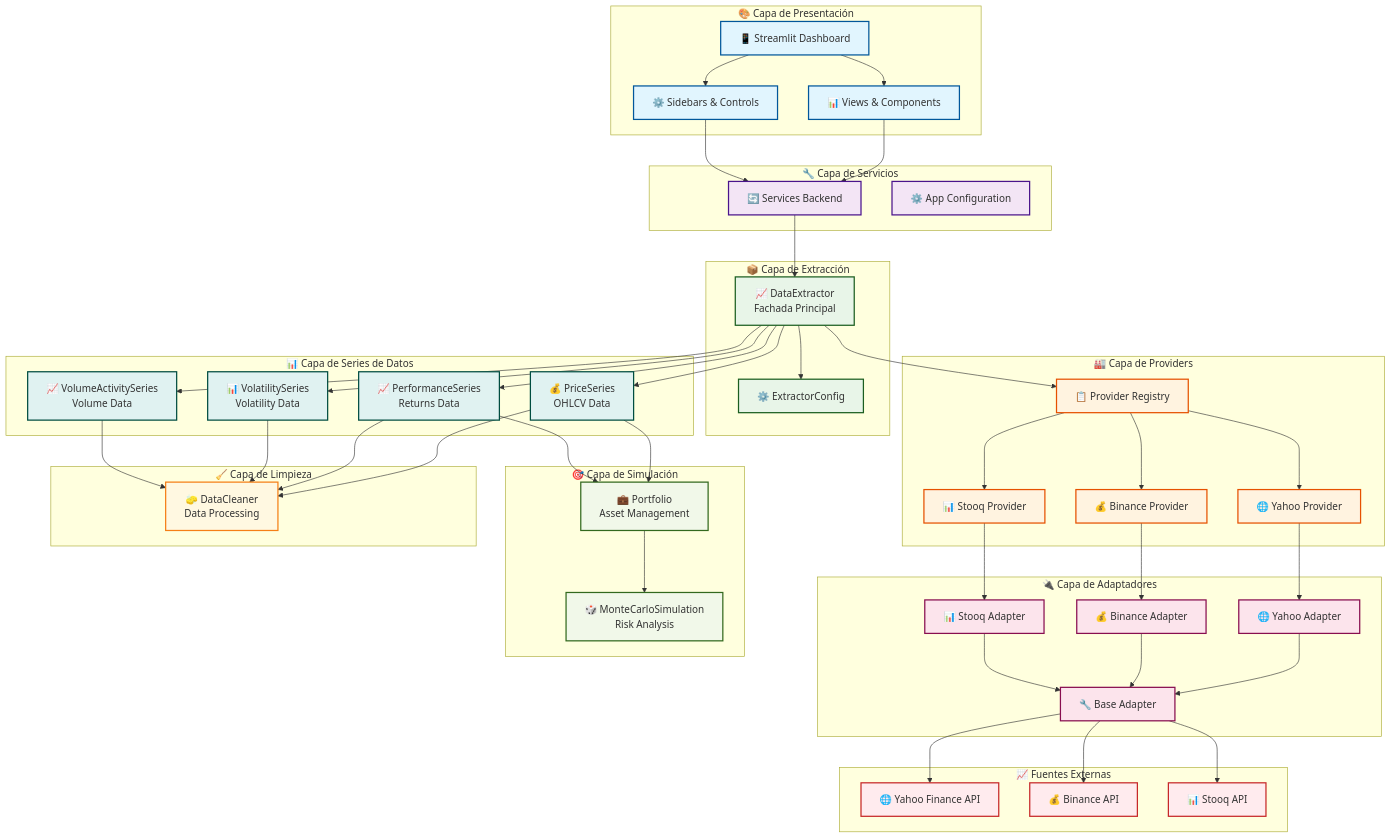
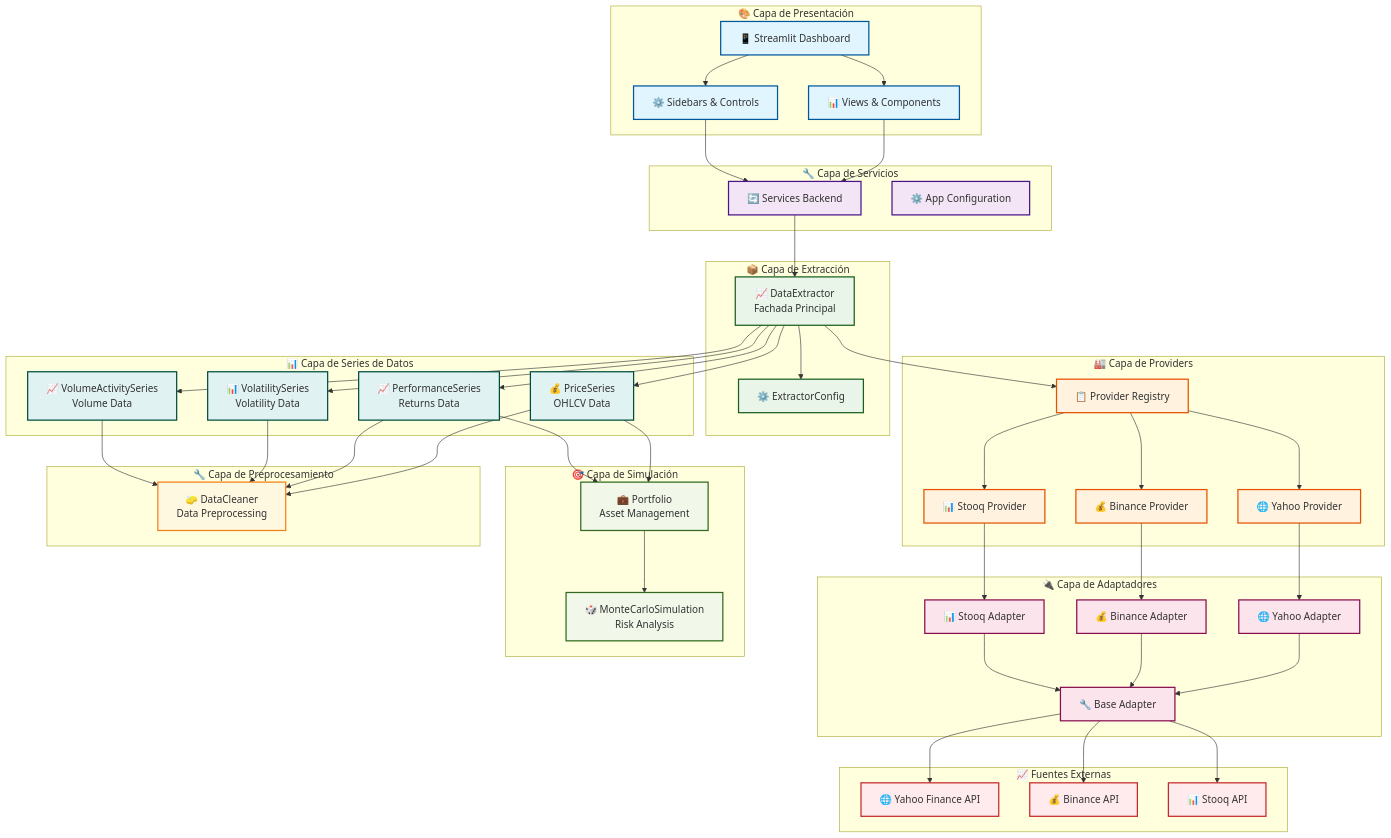
The first of 3 diagrams in ARCHITECTURE.md (AlejandroGCN/analizador-bursatil), drawn with Mermaid before and after one commit. The commit also changed other lines of this file and 21 other files, not shown here.

````diff
--- a/ARCHITECTURE.md
+++ b/ARCHITECTURE.md
@@ -46,8 +46,8 @@
         MonteCarlo[🎲 MonteCarloSimulation<br/>Risk Analysis]
     end
     
-    subgraph "🧹 Capa de Limpieza"
-        Cleaner[🧽 DataCleaner<br/>Data Processing]
+    subgraph "🔧 Capa de Preprocesamiento"
+        Cleaner[🧽 DataCleaner<br/>Data Preprocessing]
     end
     
     subgraph "📈 Fuentes Externas"
@@ -104,7 +104,7 @@
     classDef adapterLayer fill:#fce4ec,stroke:#880e4f,stroke-width:2px
     classDef seriesLayer fill:#e0f2f1,stroke:#004d40,stroke-width:2px
     classDef simulationLayer fill:#f1f8e9,stroke:#33691e,stroke-width:2px
-    classDef cleaningLayer fill:#fff8e1,stroke:#f57f17,stroke-width:2px
+    classDef preprocessingLayer fill:#fff8e1,stroke:#f57f17,stroke-width:2px
     classDef externalLayer fill:#ffebee,stroke:#c62828,stroke-width:2px
     
     class UI,Views,Sidebars uiLayer
@@ -114,6 +114,6 @@
     class BaseAdapter,YahooA,BinanceA,StooqA adapterLayer
     class PriceSeries,PerfSeries,VolSeries,VolActSeries seriesLayer
     class Portfolio,MonteCarlo simulationLayer
-    class Cleaner cleaningLayer
+    class Cleaner preprocessingLayer
     class YahooAPI,BinanceAPI,StooqAPI externalLayer
 ```
````
